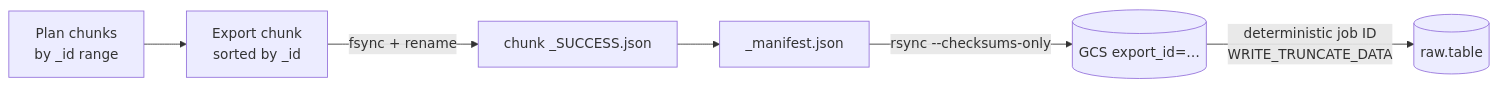
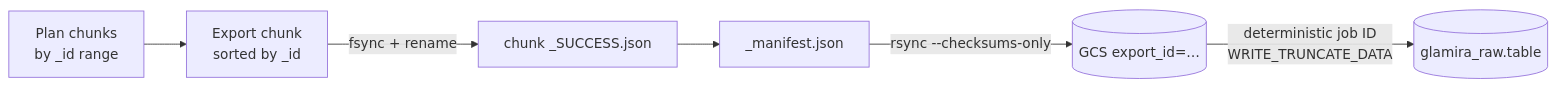
One commit to ducklemon596/ecommerce-clickstream-pipeline-gcp changed the diagram in docs/decisions/export_retry_idempotency.md. Above: the diagram before and after it, drawn with Mermaid. The commit also changed 7 other files, not shown here.

First line of the commit message:
chore(warehouse): name the dataset glamira_raw and the bucket glamira-raw-datalake

````diff
--- a/docs/decisions/export_retry_idempotency.md
+++ b/docs/decisions/export_retry_idempotency.md
@@ -31,8 +31,8 @@
 ```mermaid
 flowchart LR
     P[Plan chunks<br/>by _id range] --> X[Export chunk<br/>sorted by _id]
     X -->|fsync + rename| M[chunk _SUCCESS.json]
     M --> A[_manifest.json]
     A -->|rsync --checksums-only| G[(GCS export_id=…)]
-    G -->|deterministic job ID<br/>WRITE_TRUNCATE_DATA| B[(raw.table)]
+    G -->|deterministic job ID<br/>WRITE_TRUNCATE_DATA| B[(glamira_raw.table)]
 ```
````
